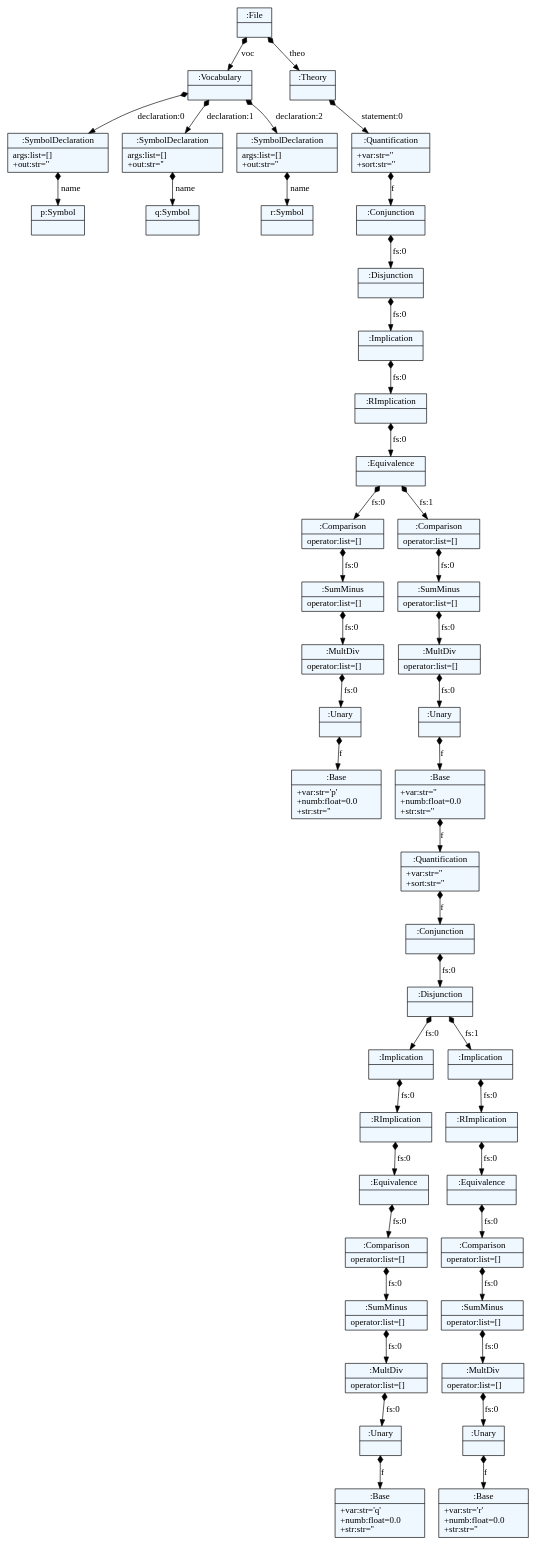
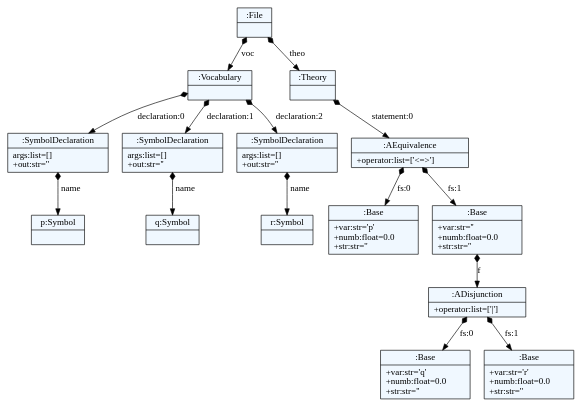
One commit to Sobhangh/IDP-Z3 changed the diagram in dsl/example.h.dot. Above: the diagram before and after it, drawn with Graphviz. The commit also changed 5 other files, not shown here.

```diff
--- a/dsl/example.h.dot
+++ b/dsl/example.h.dot
@@ -1,102 +1,44 @@
 
     digraph xtext {
     fontname = "Bitstream Vera Sans"
     fontsize = 8
     node[
         shape=record,
         style=filled,
         fillcolor=aliceblue
     ]
     nodesep = 0.3
     edge[dir=black,arrowtail=empty]
 
 
-140407490431632 -> 140407490430456 [label="voc" arrowtail=diamond dir=both]
-140407490430456 -> 140407490432920 [label="declaration:0" arrowtail=diamond dir=both]
-140407490432920 -> 140407490430680 [label="name" arrowtail=diamond dir=both]
-140407490430680[label="{p:Symbol|}"]
-140407490432920[label="{:SymbolDeclaration|args:list=[]\l+out:str=''\l}"]
-140407490430456 -> 140407490432640 [label="declaration:1" arrowtail=diamond dir=both]
-140407490432640 -> 140407490431352 [label="name" arrowtail=diamond dir=both]
-140407490431352[label="{q:Symbol|}"]
-140407490432640[label="{:SymbolDeclaration|args:list=[]\l+out:str=''\l}"]
-140407490430456 -> 140407490432416 [label="declaration:2" arrowtail=diamond dir=both]
-140407490432416 -> 140407490429952 [label="name" arrowtail=diamond dir=both]
-140407490429952[label="{r:Symbol|}"]
-140407490432416[label="{:SymbolDeclaration|args:list=[]\l+out:str=''\l}"]
-140407490430456[label="{:Vocabulary|}"]
-140407490431632 -> 140407490430232 [label="theo" arrowtail=diamond dir=both]
-140407490430232 -> 140407490432360 [label="statement:0" arrowtail=diamond dir=both]
-140407490432360 -> 140407490918552 [label="f" arrowtail=diamond dir=both]
-140407490918552 -> 140407490917040 [label="fs:0" arrowtail=diamond dir=both]
-140407490917040 -> 140407490919728 [label="fs:0" arrowtail=diamond dir=both]
-140407490919728 -> 140407490918048 [label="fs:0" arrowtail=diamond dir=both]
-140407490918048 -> 140407490916928 [label="fs:0" arrowtail=diamond dir=both]
-140407490916928 -> 140407490465576 [label="fs:0" arrowtail=diamond dir=both]
-140407490465576 -> 140407490464960 [label="fs:0" arrowtail=diamond dir=both]
-140407490464960 -> 140407490462104 [label="fs:0" arrowtail=diamond dir=both]
-140407490462104 -> 140407490461992 [label="fs:0" arrowtail=diamond dir=both]
-140407490461992 -> 140407490465464 [label="f" arrowtail=diamond dir=both]
-140407490465464[label="{:Base|+var:str='p'\l+numb:float=0.0\l+str:str=''\l}"]
-140407490461992[label="{:Unary|}"]
-140407490462104[label="{:MultDiv|operator:list=[]\l}"]
-140407490464960[label="{:SumMinus|operator:list=[]\l}"]
-140407490465576[label="{:Comparison|operator:list=[]\l}"]
-140407490916928 -> 140407490465016 [label="fs:1" arrowtail=diamond dir=both]
-140407490465016 -> 140407490462384 [label="fs:0" arrowtail=diamond dir=both]
-140407490462384 -> 140407490461768 [label="fs:0" arrowtail=diamond dir=both]
-140407490461768 -> 140407490854696 [label="fs:0" arrowtail=diamond dir=both]
-140407490854696 -> 140407490852288 [label="f" arrowtail=diamond dir=both]
-140407490852288 -> 140407491115496 [label="f" arrowtail=diamond dir=both]
-140407491115496 -> 140407490500536 [label="f" arrowtail=diamond dir=both]
-140407490500536 -> 140407490499920 [label="fs:0" arrowtail=diamond dir=both]
-140407490499920 -> 140407490498688 [label="fs:0" arrowtail=diamond dir=both]
-140407490498688 -> 140407490500984 [label="fs:0" arrowtail=diamond dir=both]
-140407490500984 -> 140407490501208 [label="fs:0" arrowtail=diamond dir=both]
-140407490501208 -> 140407490501376 [label="fs:0" arrowtail=diamond dir=both]
-140407490501376 -> 140407490501488 [label="fs:0" arrowtail=diamond dir=both]
-140407490501488 -> 140407490501656 [label="fs:0" arrowtail=diamond dir=both]
-140407490501656 -> 140407490501824 [label="fs:0" arrowtail=diamond dir=both]
-140407490501824 -> 140407490501992 [label="f" arrowtail=diamond dir=both]
-140407490501992[label="{:Base|+var:str='q'\l+numb:float=0.0\l+str:str=''\l}"]
-140407490501824[label="{:Unary|}"]
-140407490501656[label="{:MultDiv|operator:list=[]\l}"]
-140407490501488[label="{:SumMinus|operator:list=[]\l}"]
-140407490501376[label="{:Comparison|operator:list=[]\l}"]
-140407490501208[label="{:Equivalence|}"]
-140407490500984[label="{:RImplication|}"]
-140407490498688[label="{:Implication|}"]
-140407490499920 -> 140407490498800 [label="fs:1" arrowtail=diamond dir=both]
-140407490498800 -> 140407490501152 [label="fs:0" arrowtail=diamond dir=both]
-140407490501152 -> 140407490501432 [label="fs:0" arrowtail=diamond dir=both]
-140407490501432 -> 140407490501712 [label="fs:0" arrowtail=diamond dir=both]
-140407490501712 -> 140407490501880 [label="fs:0" arrowtail=diamond dir=both]
-140407490501880 -> 140407490502104 [label="fs:0" arrowtail=diamond dir=both]
-140407490502104 -> 140407490502272 [label="fs:0" arrowtail=diamond dir=both]
-140407490502272 -> 140407490502440 [label="f" arrowtail=diamond dir=both]
-140407490502440[label="{:Base|+var:str='r'\l+numb:float=0.0\l+str:str=''\l}"]
-140407490502272[label="{:Unary|}"]
-140407490502104[label="{:MultDiv|operator:list=[]\l}"]
-140407490501880[label="{:SumMinus|operator:list=[]\l}"]
-140407490501712[label="{:Comparison|operator:list=[]\l}"]
-140407490501432[label="{:Equivalence|}"]
-140407490501152[label="{:RImplication|}"]
-140407490498800[label="{:Implication|}"]
-140407490499920[label="{:Disjunction|}"]
-140407490500536[label="{:Conjunction|}"]
-140407491115496[label="{:Quantification|+var:str=''\l+sort:str=''\l}"]
-140407490852288[label="{:Base|+var:str=''\l+numb:float=0.0\l+str:str=''\l}"]
-140407490854696[label="{:Unary|}"]
-140407490461768[label="{:MultDiv|operator:list=[]\l}"]
-140407490462384[label="{:SumMinus|operator:list=[]\l}"]
-140407490465016[label="{:Comparison|operator:list=[]\l}"]
-140407490916928[label="{:Equivalence|}"]
-140407490918048[label="{:RImplication|}"]
-140407490919728[label="{:Implication|}"]
-140407490917040[label="{:Disjunction|}"]
-140407490918552[label="{:Conjunction|}"]
-140407490432360[label="{:Quantification|+var:str=''\l+sort:str=''\l}"]
-140407490430232[label="{:Theory|}"]
-140407490431632[label="{:File|}"]
+140215542913344 -> 140215542914128 [label="voc" arrowtail=diamond dir=both]
+140215542914128 -> 140215542911048 [label="declaration:0" arrowtail=diamond dir=both]
+140215542911048 -> 140215542912224 [label="name" arrowtail=diamond dir=both]
+140215542912224[label="{p:Symbol|}"]
+140215542911048[label="{:SymbolDeclaration|args:list=[]\l+out:str=''\l}"]
+140215542914128 -> 140215542911440 [label="declaration:1" arrowtail=diamond dir=both]
+140215542911440 -> 140215542911104 [label="name" arrowtail=diamond dir=both]
+140215542911104[label="{q:Symbol|}"]
+140215542911440[label="{:SymbolDeclaration|args:list=[]\l+out:str=''\l}"]
+140215542914128 -> 140215542913288 [label="declaration:2" arrowtail=diamond dir=both]
+140215542913288 -> 140215542911496 [label="name" arrowtail=diamond dir=both]
+140215542911496[label="{r:Symbol|}"]
+140215542913288[label="{:SymbolDeclaration|args:list=[]\l+out:str=''\l}"]
+140215542914128[label="{:Vocabulary|}"]
+140215542913344 -> 140215542914576 [label="theo" arrowtail=diamond dir=both]
+140215542914576 -> 140215542911944 [label="statement:0" arrowtail=diamond dir=both]
+140215542911944 -> 140215543003624 [label="fs:0" arrowtail=diamond dir=both]
+140215543003624[label="{:Base|+var:str='p'\l+numb:float=0.0\l+str:str=''\l}"]
+140215542911944 -> 140215543004744 [label="fs:1" arrowtail=diamond dir=both]
+140215543004744 -> 140215543003512 [label="f" arrowtail=diamond dir=both]
+140215543003512 -> 140215543038584 [label="fs:0" arrowtail=diamond dir=both]
+140215543038584[label="{:Base|+var:str='q'\l+numb:float=0.0\l+str:str=''\l}"]
+140215543003512 -> 140215543038976 [label="fs:1" arrowtail=diamond dir=both]
+140215543038976[label="{:Base|+var:str='r'\l+numb:float=0.0\l+str:str=''\l}"]
+140215543003512[label="{:ADisjunction|+operator:list=['\|']\l}"]
+140215543004744[label="{:Base|+var:str=''\l+numb:float=0.0\l+str:str=''\l}"]
+140215542911944[label="{:AEquivalence|+operator:list=['\<=\>']\l}"]
+140215542914576[label="{:Theory|}"]
+140215542913344[label="{:File|}"]
 
 }
```
